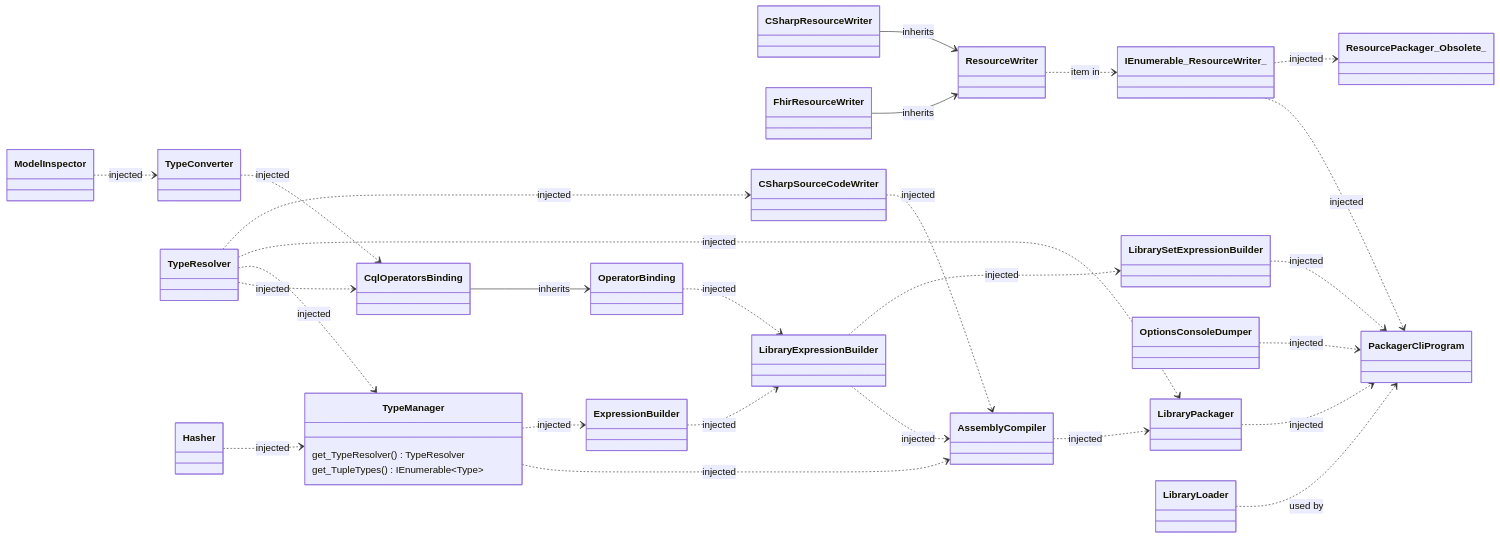
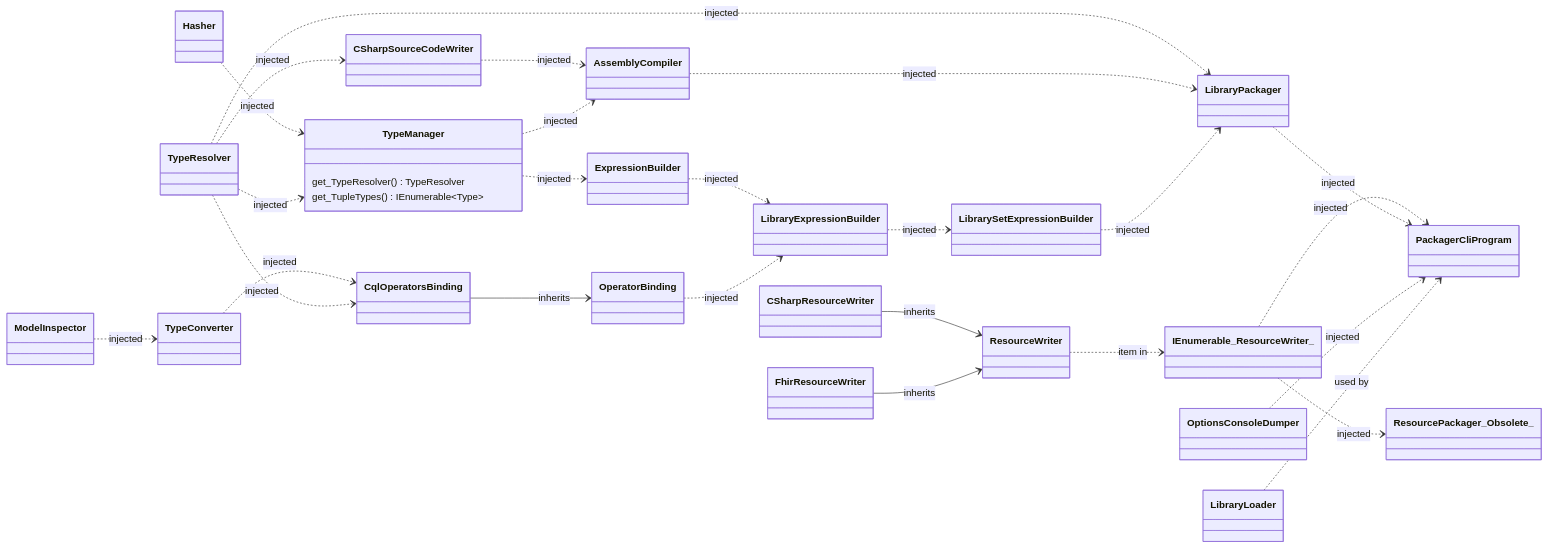
Before and after one commit to FirelyTeam/firely-cql-sdk: the diagram in docs/packager-cli-dependency-graph.md, drawn with Mermaid. The commit also changed 22 other files, not shown here.

Commit message:
Remove dead code. Move elm library building outside AssemblyCompiler

````diff
--- a/docs/packager-cli-dependency-graph.md
+++ b/docs/packager-cli-dependency-graph.md
@@ -5,54 +5,53 @@
 ```mermaid
 classDiagram
     direction LR
 
     class TypeManager {
         get_TypeResolver() TypeResolver
         get_TupleTypes() IEnumerable~Type~
     }
 
     %% HACK: Mermaid doesnt support commas withing generic, so use a similar looking character (﹐)
 
     %% Inheritance  
     CqlOperatorsBinding --> OperatorBinding : inherits
     CSharpResourceWriter --> ResourceWriter : inherits
     FhirResourceWriter --> ResourceWriter : inherits
 
     %% Injected Dependencies
-    LibraryExpressionBuilder ..> AssemblyCompiler : injected
     CSharpSourceCodeWriter ..> AssemblyCompiler : injected
     TypeManager ..> AssemblyCompiler : injected
 
     TypeManager ..> ExpressionBuilder : injected
 
     IEnumerable_ResourceWriter_ ..> PackagerCliProgram : injected 
     LibraryPackager ..> PackagerCliProgram : injected 
     OptionsConsoleDumper ..> PackagerCliProgram : injected 
-    LibrarySetExpressionBuilder ..> PackagerCliProgram : injected
     LibraryLoader ..> PackagerCliProgram : used by 
     
 
     TypeConverter ..> CqlOperatorsBinding : injected         
     TypeResolver ..> CqlOperatorsBinding : injected    
 
     ModelInspector ..> TypeConverter : injected  
 
     Hasher ..> TypeManager : injected
     TypeResolver ..> TypeManager : injected
 
     TypeResolver ..> LibraryPackager : injected
     AssemblyCompiler ..> LibraryPackager : injected
+    LibrarySetExpressionBuilder ..> LibraryPackager : injected
     
     TypeResolver ..> CSharpSourceCodeWriter : injected
 
     ExpressionBuilder ..> LibraryExpressionBuilder : injected
     OperatorBinding ..> LibraryExpressionBuilder : injected
 
     LibraryExpressionBuilder ..> LibrarySetExpressionBuilder : injected
 
     %% Rest
     ResourceWriter ..> IEnumerable_ResourceWriter_ : item in
 
     %% Obsolete
     IEnumerable_ResourceWriter_ ..> ResourcePackager_Obsolete_ : injected 
 ```
````
